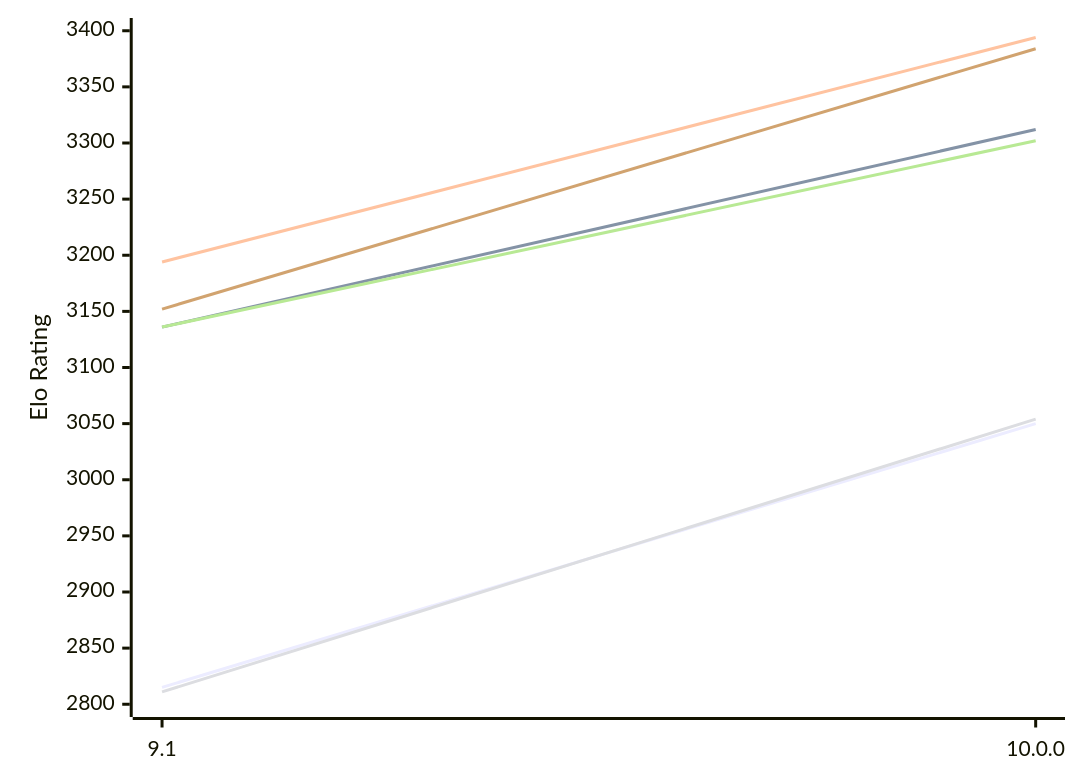
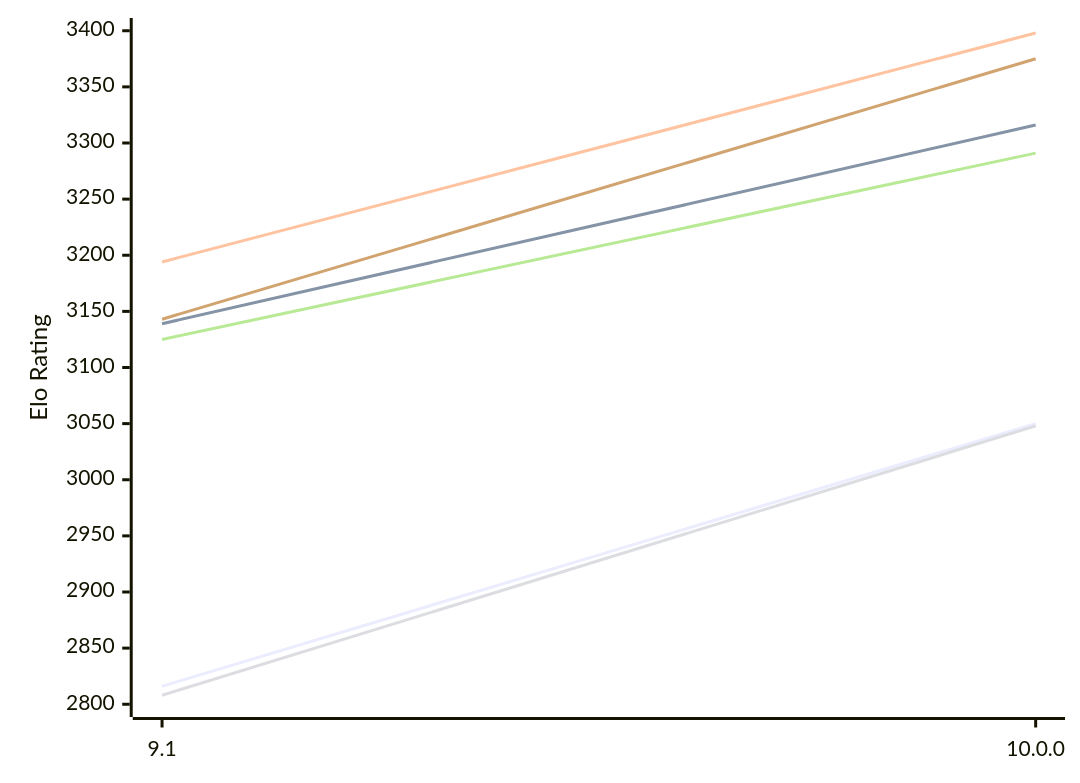
Before and after one commit to computer-chess-index/cci: the first of 2 diagrams in engines/Pea.md, drawn with Mermaid. The commit also changed other lines of this file, not shown here.

Commit message:
Update CCI Ratings (ELO VLTC) - 2026-11-15

````diff
--- a/engines/Pea.md
+++ b/engines/Pea.md
@@ -58,12 +58,12 @@
 ```mermaid
 %%{init: {"theme":"base","themeVariables":{"seriesColors:['#a3a3a3','#222221','#faa371']}}}%%
 xychart-beta
   x-axis ["9.1", "10.0.0"]
   y-axis "Elo Rating" 2800 --> 3400
-  line "E1: STC (8.0+0.08s)" [2815, 3050]
-  line "E1: LTC (60.0+0.60s)" [3136, 3312]
-  line "E1: VLTC (2m24s+1.12s)" [3194, 3394]
-  line "P1: STC (8.0+0.08s)" [2811, 3054]
-  line "P1: LTC (60.0+0.60s)" [3136, 3302]
-  line "P1: VLTC (2m24s+1.12s)" [3152, 3384]
+  line "E1: STC (8.0+0.08s)" [2816, 3050]
+  line "E1: LTC (60.0+0.60s)" [3139, 3316]
+  line "E1: VLTC (2m24s+1.12s)" [3194, 3398]
+  line "P1: STC (8.0+0.08s)" [2808, 3048]
+  line "P1: LTC (60.0+0.60s)" [3125, 3291]
+  line "P1: VLTC (2m24s+1.12s)" [3143, 3375]
 ```
````
